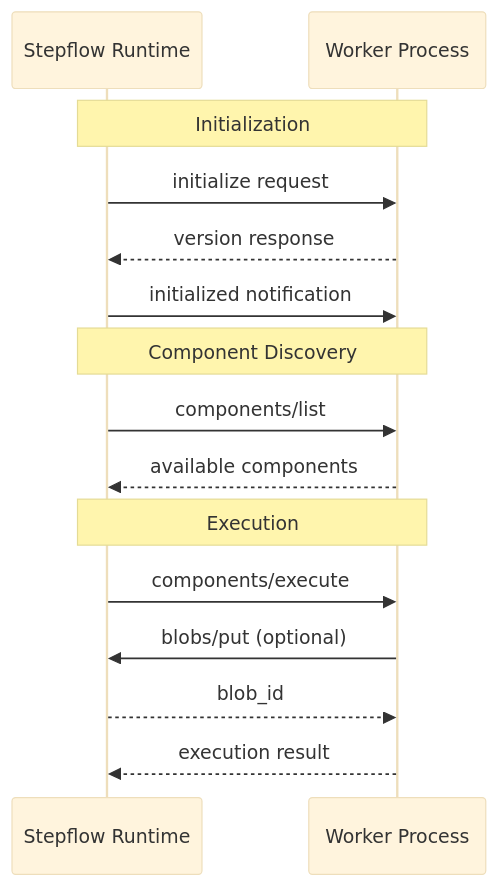
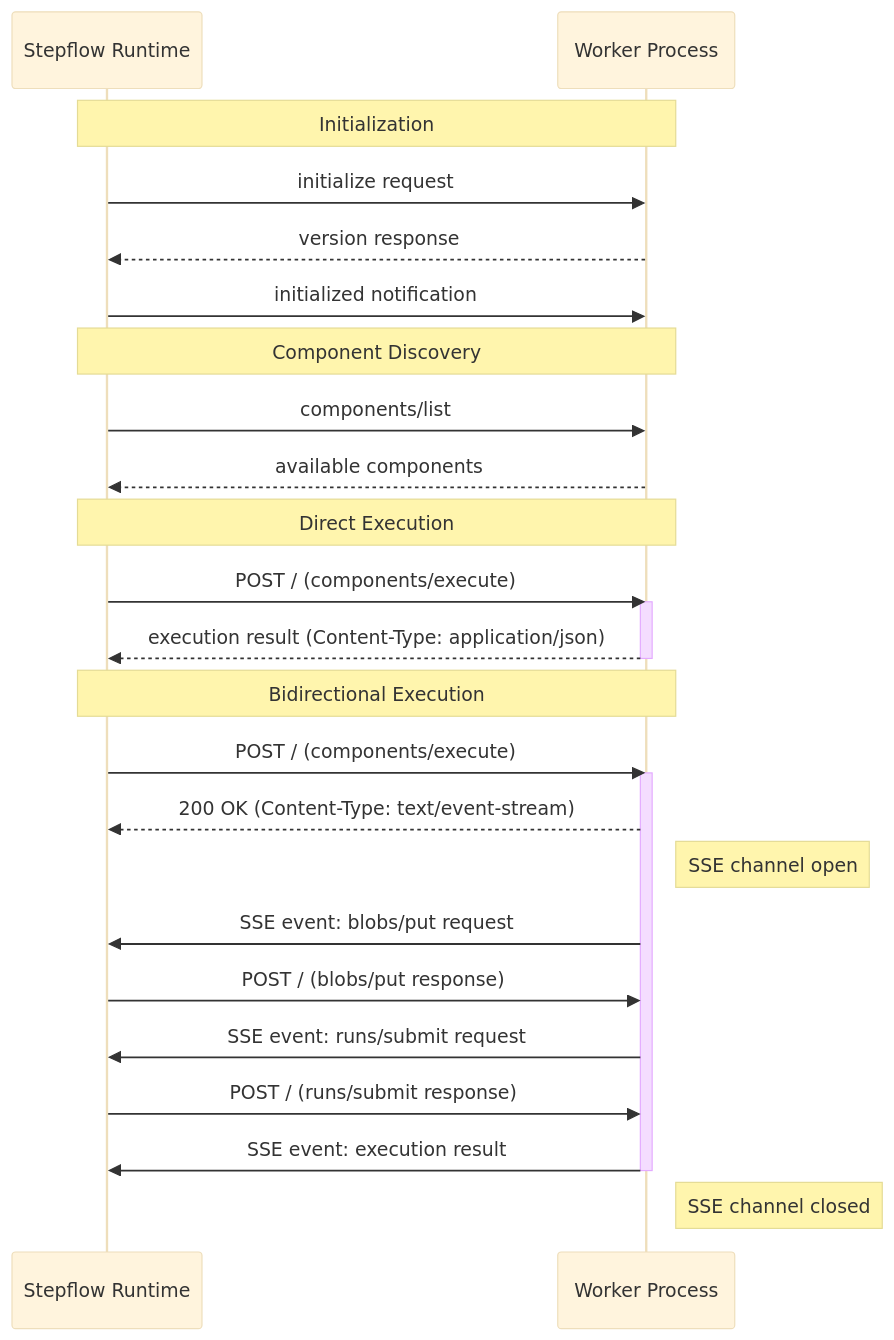
Before and after one commit to stepflow-ai/stepflow: the diagram in docs/docs/components/component-server/implementing-workers.md, drawn with Mermaid (base theme). The commit also changed other lines of this file, not shown here.

````diff
--- a/docs/docs/components/component-server/implementing-workers.md
+++ b/docs/docs/components/component-server/implementing-workers.md
@@ -21,20 +21,33 @@
 ```mermaid
 sequenceDiagram
     participant Runtime as Stepflow Runtime
     participant Worker as Worker Process
 
     Note over Runtime,Worker: Initialization
     Runtime->>Worker: initialize request
     Worker-->>Runtime: version response
     Runtime->>Worker: initialized notification
 
     Note over Runtime,Worker: Component Discovery
     Runtime->>Worker: components/list
     Worker-->>Runtime: available components
 
-    Note over Runtime,Worker: Execution
-    Runtime->>Worker: components/execute
-    Worker->>Runtime: blobs/put (optional)
-    Runtime-->>Worker: blob_id
-    Worker-->>Runtime: execution result
+    Note over Runtime,Worker: Direct Execution
+    Runtime->>Worker: POST / (components/execute)
+    activate Worker
+    Worker-->>Runtime: execution result (Content-Type: application/json)
+    deactivate Worker
+
+    Note over Runtime,Worker: Bidirectional Execution
+    Runtime->>Worker: POST / (components/execute)
+    activate Worker
+    Worker-->>Runtime: 200 OK (Content-Type: text/event-stream)
+    Note right of Worker: SSE channel open
+    Worker->>Runtime: SSE event: blobs/put request
+    Runtime->>Worker: POST / (blobs/put response)
+    Worker->>Runtime: SSE event: runs/submit request
+    Runtime->>Worker: POST / (runs/submit response)
+    Worker->>Runtime: SSE event: execution result
+    deactivate Worker
+    Note right of Worker: SSE channel closed
 ```
````
